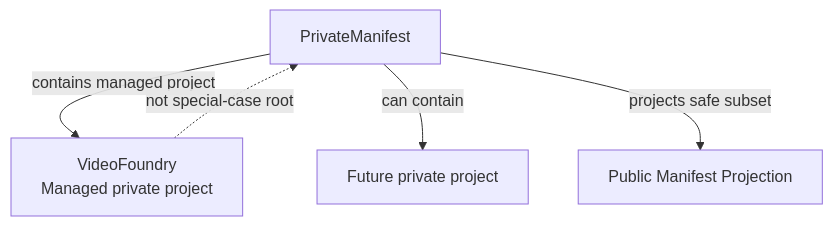
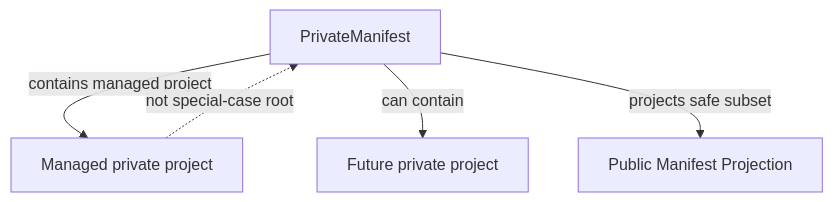
One commit to ProtocolWarden/PlatformManifest changed the third of 3 diagrams in docs/architecture/public_private_projection.md. Above: the diagram before and after it, drawn with Mermaid. The commit also changed other lines of this file and 41 other files, not shown here.

Commit message:
Adopt RepoGraph for shared graph semantics

````diff
--- a/docs/architecture/public_private_projection.md
+++ b/docs/architecture/public_private_projection.md
@@ -207,13 +206,13 @@
 ```mermaid
 graph TD
     PrivateManifest[PrivateManifest]
-    VF[VideoFoundry\nManaged private project]
+    MP[Managed private project]
     FuturePrivate[Future private project]
     PublicProjection[Public Manifest Projection]
 
-    PrivateManifest -->|contains managed project| VF
+    PrivateManifest -->|contains managed project| MP
     PrivateManifest -->|can contain| FuturePrivate
     PrivateManifest -->|projects safe subset| PublicProjection
 
-    VF -. not special-case root .-> PrivateManifest
+    MP -. not special-case root .-> PrivateManifest
 ```
````
